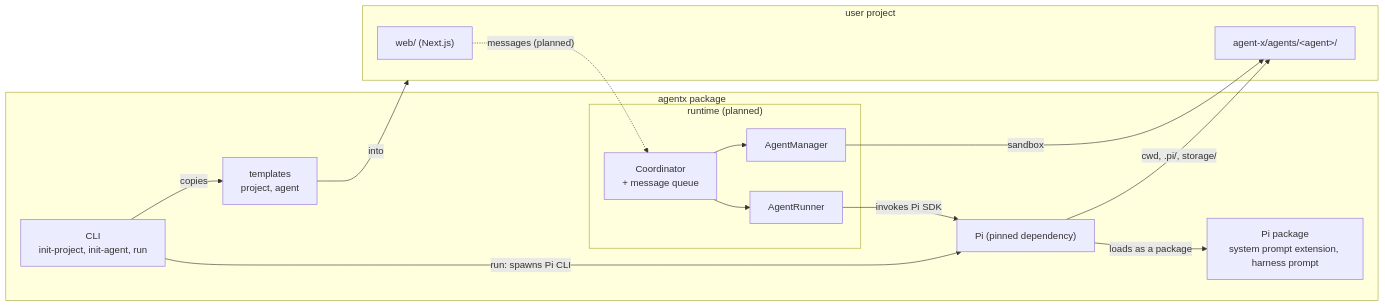
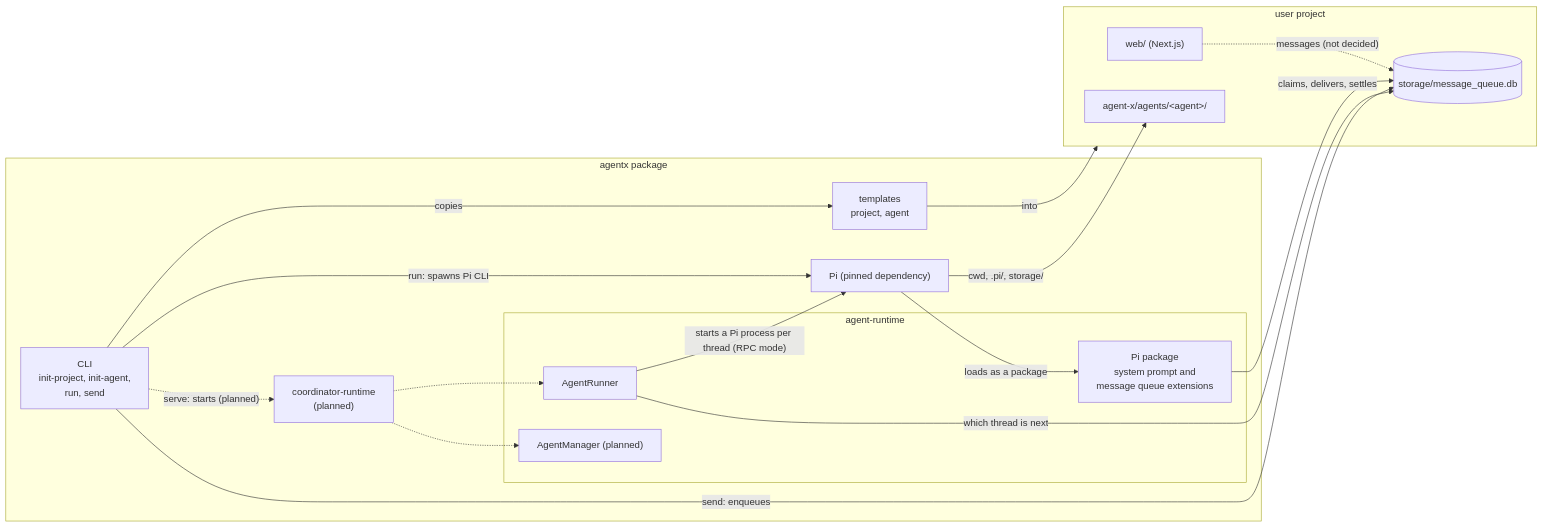
Before and after one commit to cognisphere-sh/agent-x: the diagram in docs/high_level_design.md, drawn with Mermaid. The commit also changed other lines of this file and 55 other files, not shown here.

````diff
--- a/docs/high_level_design.md
+++ b/docs/high_level_design.md
@@ -19,28 +19,32 @@
 ```mermaid
 flowchart LR
   subgraph agentx["agentx package"]
-    CLI["CLI<br/>init-project, init-agent, run"]
+    CLI["CLI<br/>init-project, init-agent,<br/>run, send"]
     T["templates<br/>project, agent"]
-    CORE["Pi package<br/>system prompt extension, harness prompt"]
-    subgraph RT["runtime (planned)"]
-      C["Coordinator<br/>+ message queue"]
-      M["AgentManager"]
+    subgraph AR["agent-runtime"]
       R["AgentRunner"]
+      CORE["Pi package<br/>system prompt and<br/>message queue extensions"]
+      M["AgentManager (planned)"]
     end
+    C["coordinator-runtime<br/>(planned)"]
     PI["Pi (pinned dependency)"]
   end
   subgraph P["user project"]
     APP["web/ (Next.js)"]
     A["agent-x/agents/&lt;agent&gt;/"]
+    Q[("storage/message_queue.db")]
   end
   CLI -- copies --> T
   T -- into --> P
   CLI -- "run: spawns Pi CLI" --> PI
-  C --> M
-  C --> R
-  M -- sandbox --> A
-  R -- "invokes Pi SDK" --> PI
+  CLI -. "serve: starts (planned)" .-> C
+  CLI -- "send: enqueues" --> Q
+  R -- "starts a Pi process per thread (RPC mode)" --> PI
+  R -- "which thread is next" --> Q
   PI -- "cwd, .pi/, storage/" --> A
   PI -- "loads as a package" --> CORE
-  APP -. "messages (planned)" .-> C
+  CORE -- "claims, delivers, settles" --> Q
+  C -.-> R
+  C -.-> M
+  APP -. "messages (not decided)" .-> Q
 ```
````
